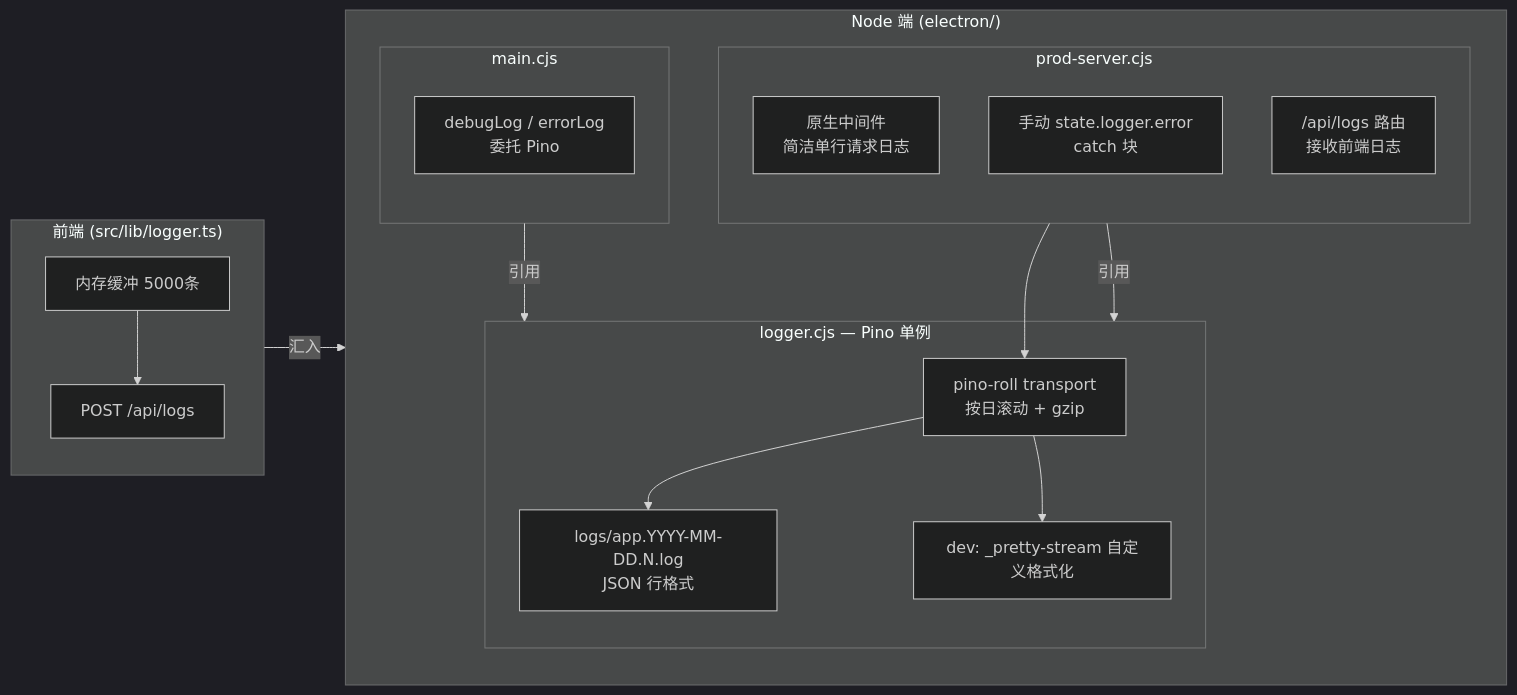
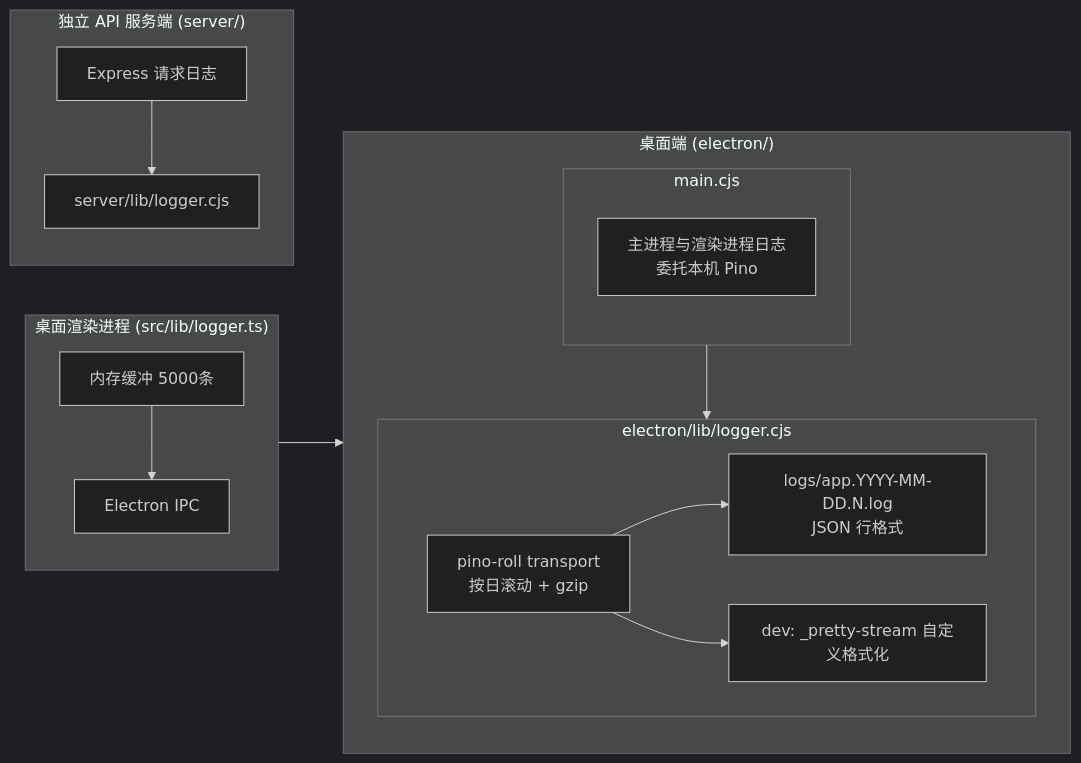
The diagram in README.md (XueWerY/earth-survival-diary), drawn with Mermaid (dark theme) before and after one commit. The commit also changed other lines of this file and 106 other files, not shown here.

````diff
--- a/README.md
+++ b/README.md
@@ -185,33 +199,29 @@
 ```mermaid
 flowchart LR
-    subgraph Frontend["前端 (src/lib/logger.ts)"]
+    subgraph Frontend["桌面渲染进程 (src/lib/logger.ts)"]
         direction TB
-        F1[内存缓冲 5000条] --> F2["POST /api/logs"]
+        F1[内存缓冲 5000条] --> F2["Electron IPC"]
     end
 
-    subgraph Node["Node 端 (electron/)"]
+    subgraph Node["桌面端 (electron/)"]
         direction TB
-        subgraph Shared["logger.cjs — Pino 单例"]
+        subgraph DesktopLogger["electron/lib/logger.cjs"]
             P[pino-roll transport<br/>按日滚动 + gzip]
             P --> FILE[logs/app.YYYY-MM-DD.N.log<br/>JSON 行格式]
             P --> PRETTY[dev: _pretty-stream 自定义格式化]
         end
 
         subgraph Main["main.cjs"]
             direction TB
-            MD[debugLog / errorLog<br/>委托 Pino]
-        end
-
-        subgraph Express["prod-server.cjs"]
-            direction TB
-            E1[原生中间件<br/>简洁单行请求日志]
-            E2["手动 state.logger.error<br/>catch 块"]
-            E3["/api/logs 路由<br/>接收前端日志"]
+            MD[主进程与渲染进程日志<br/>委托本机 Pino]
         end
     end
 
-    Main -- "引用" --> Shared
-    Express -- "引用" --> Shared
-    Frontend -- "汇入" --> E3
-    E3 --> P
+    subgraph API["独立 API 服务端 (server/)"]
+        direction TB
+        S1[Express 请求日志] --> S2[server/lib/logger.cjs]
+    end
+
+    Frontend --> Main
+    Main --> DesktopLogger
 ```
````
